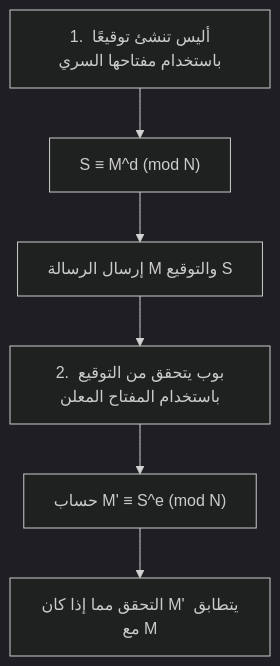
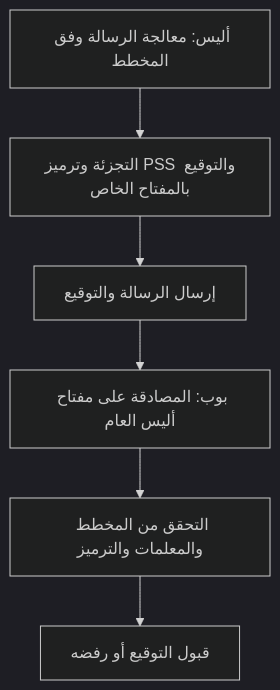
Before and after one commit to kenjinote/blog: the third of 3 diagrams in content/post/rsa暗号の仕組みを高校生でもわかるように説明する/index.ar.md, drawn with Mermaid (dark theme). The commit also changed other lines of this file and 5 other files, not shown here.

````diff
--- a/content/post/rsa暗号の仕組みを高校生でもわかるように説明する/index.ar.md
+++ b/content/post/rsa暗号の仕組みを高校生でもわかるように説明する/index.ar.md
@@ -291,9 +169,8 @@
 ```mermaid
 flowchart TD
-    A1["1. أليس تنشئ توقيعًا باستخدام مفتاحها السري"] --> A2["S ≡ M^d (mod N)"]
-    A2 --> A3["إرسال الرسالة M والتوقيع S"]
-    
-    A3 --> B1["2. بوب يتحقق من التوقيع باستخدام المفتاح المعلن"]
-    B1 --> B2["حساب M' ≡ S^e (mod N)"]
-    B2 --> B3["التحقق مما إذا كان M' يتطابق مع M"]
+    A1["أليس: معالجة الرسالة وفق المخطط"] --> A2["التجزئة وترميز PSS والتوقيع بالمفتاح الخاص"]
+    A2 --> A3["إرسال الرسالة والتوقيع"]
+    A3 --> B1["بوب: المصادقة على مفتاح أليس العام"]
+    B1 --> B2["التحقق من المخطط والمعلمات والترميز"]
+    B2 --> B3["قبول التوقيع أو رفضه"]
 ```
````
